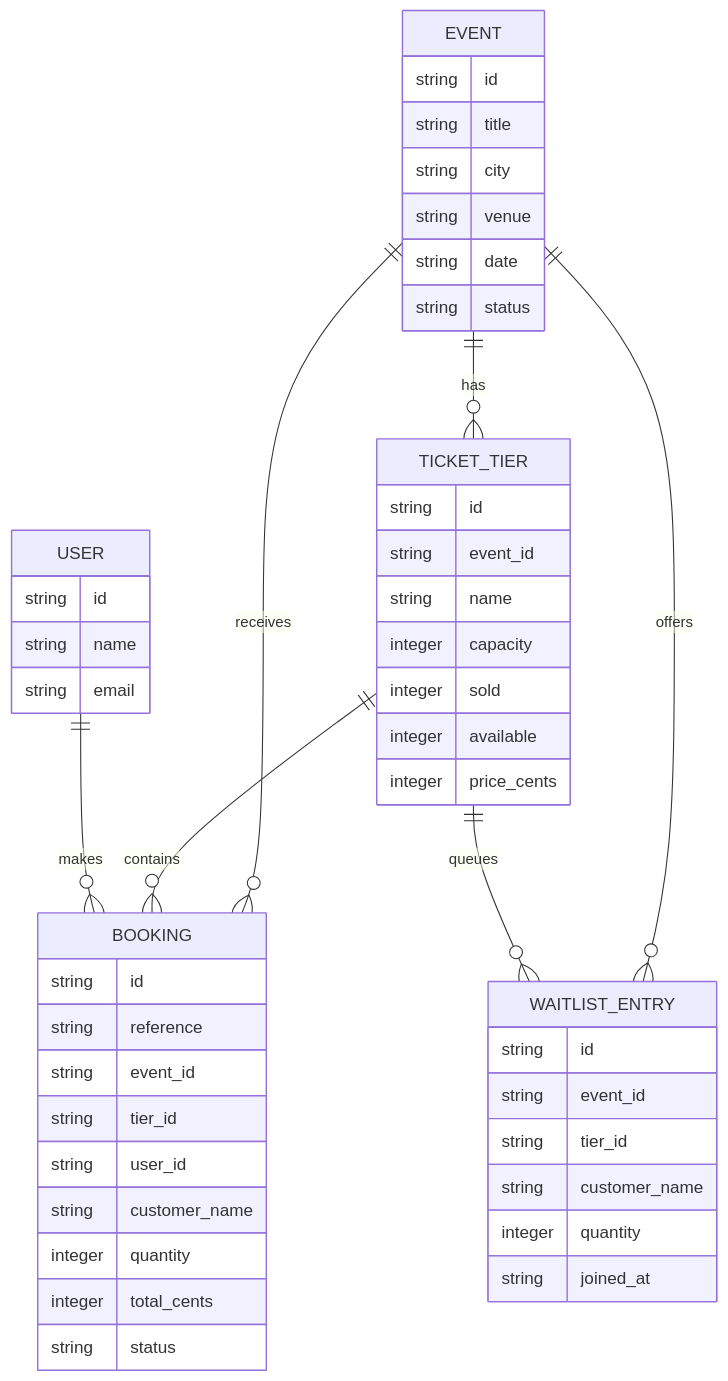
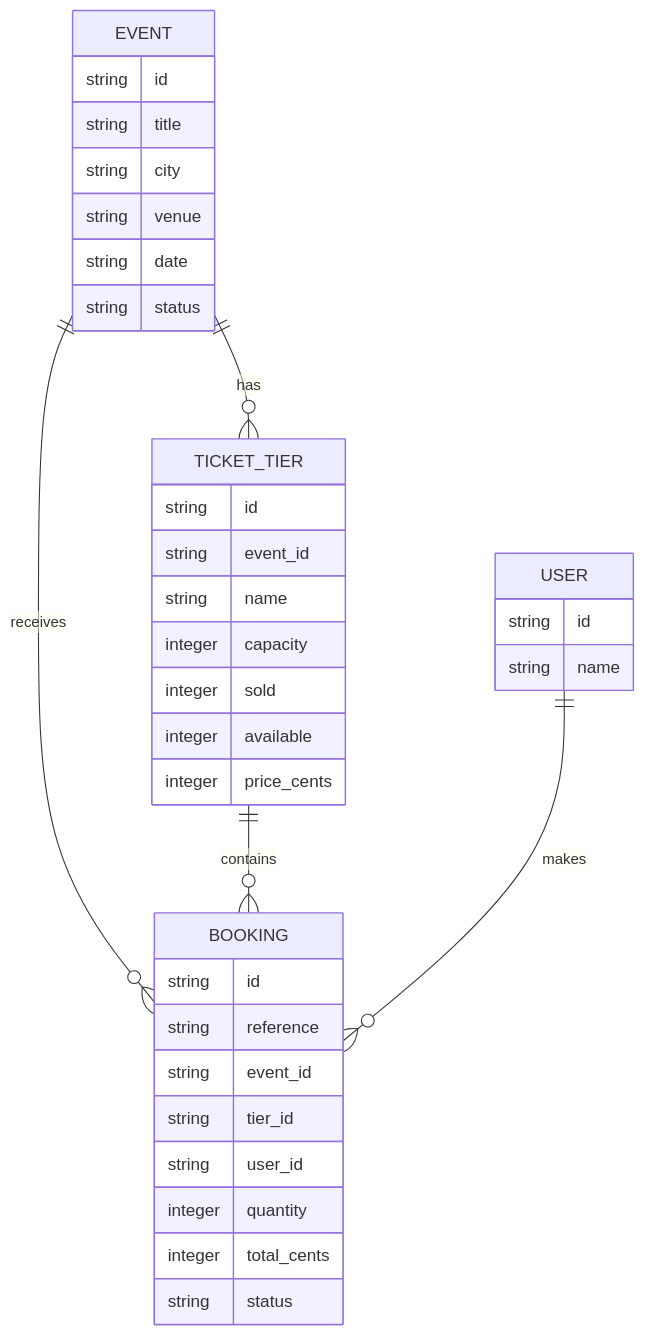
The second of 3 diagrams in docs/architecture.md (Acedigitals/MY-DSA-PROJECT), drawn with Mermaid before and after one commit. The commit also changed other lines of this file and 15 other files, not shown here.

````diff
--- a/docs/architecture.md
+++ b/docs/architecture.md
@@ -72,50 +100,38 @@
 ```mermaid
 erDiagram
   EVENT ||--o{ TICKET_TIER : has
   EVENT ||--o{ BOOKING : receives
-  EVENT ||--o{ WAITLIST_ENTRY : offers
   TICKET_TIER ||--o{ BOOKING : contains
-  TICKET_TIER ||--o{ WAITLIST_ENTRY : queues
   EVENT {
     string id
     string title
     string city
     string venue
     string date
     string status
   }
   TICKET_TIER {
     string id
     string event_id
     string name
     integer capacity
     integer sold
     integer available
     integer price_cents
   }
   BOOKING {
     string id
     string reference
     string event_id
     string tier_id
     string user_id
-    string customer_name
     integer quantity
     integer total_cents
     string status
   }
   USER ||--o{ BOOKING : makes
   USER {
     string id
     string name
-    string email
-  }
-  WAITLIST_ENTRY {
-    string id
-    string event_id
-    string tier_id
-    string customer_name
-    integer quantity
-    string joined_at
   }
 ```
````
